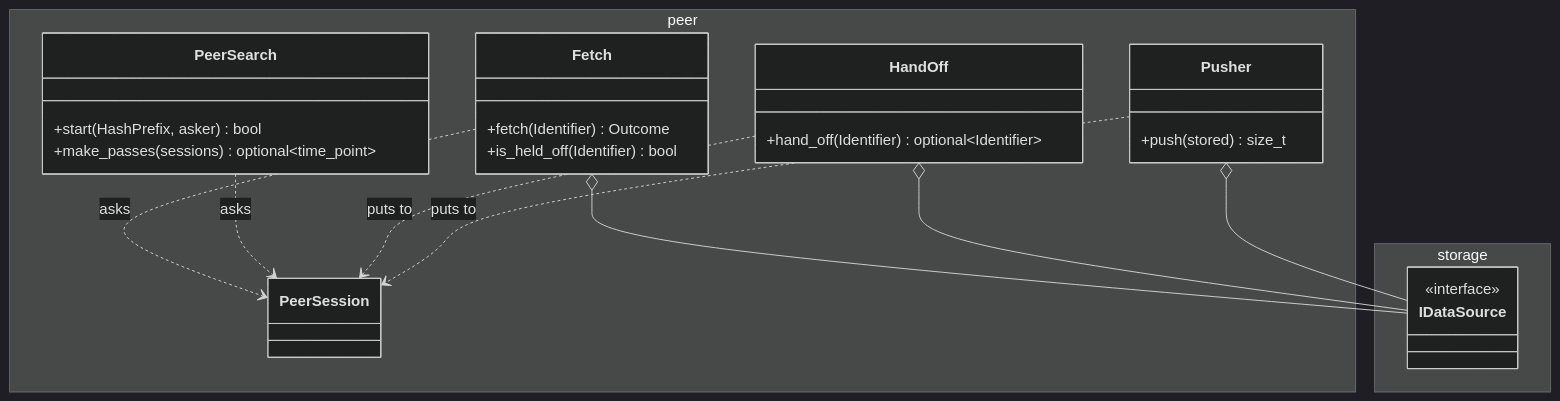
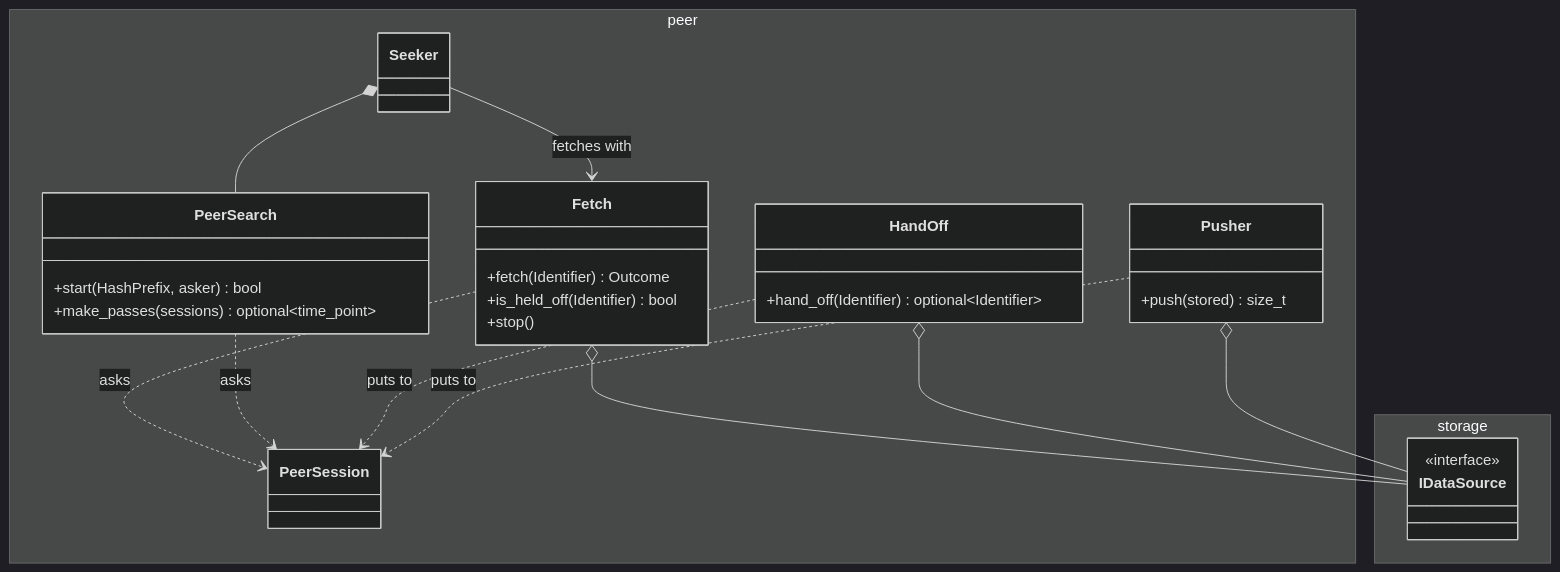
Before and after one commit to marcpage/libranet: the ninth of 17 diagrams in cpp/docs/Overview.md, drawn with Mermaid (dark theme). The commit also changed other lines of this file and 2 other files, not shown here.

````diff
--- a/cpp/docs/Overview.md
+++ b/cpp/docs/Overview.md
@@ -790,34 +845,38 @@
 ```mermaid
 classDiagram
     direction TB
     namespace peer {
+        class Seeker
         class Fetch {
             +fetch(Identifier) Outcome
             +is_held_off(Identifier) bool
+            +stop()
         }
         class PeerSearch {
             +start(HashPrefix, asker) bool
             +make_passes(sessions) optional~time_point~
         }
         class HandOff {
             +hand_off(Identifier) optional~Identifier~
         }
         class Pusher {
             +push(stored) size_t
         }
         class PeerSession
     }
     namespace storage {
         class IDataSource {
             <<interface>>
         }
     }
 
+    Seeker --> Fetch : fetches with
+    Seeker *-- PeerSearch
     Fetch ..> PeerSession : asks
     PeerSearch ..> PeerSession : asks
     HandOff ..> PeerSession : puts to
     Pusher ..> PeerSession : puts to
     Fetch o-- IDataSource
     HandOff o-- IDataSource
     Pusher o-- IDataSource
 ```
````
